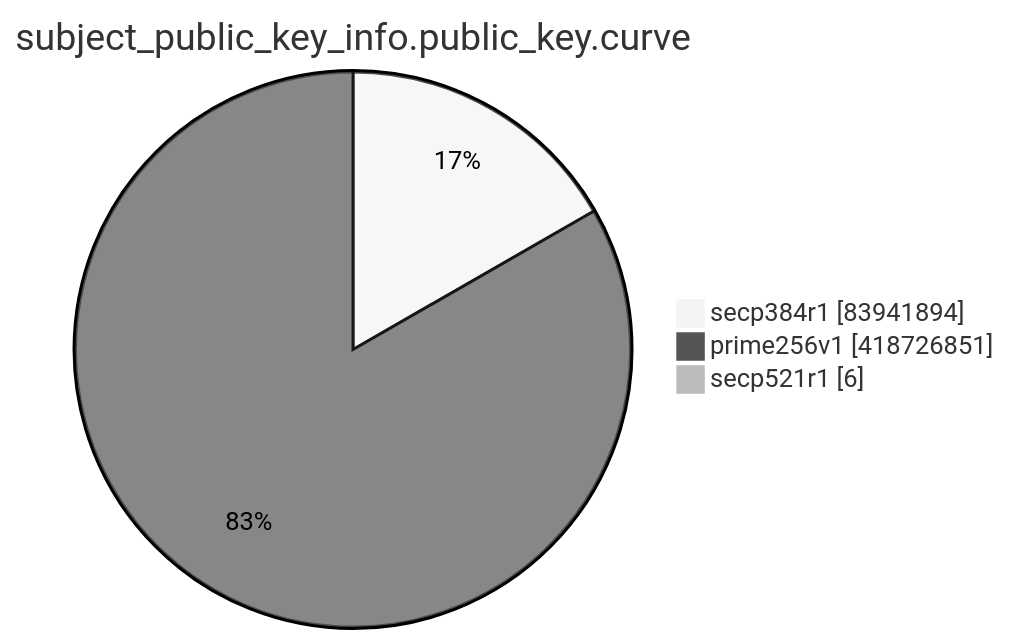
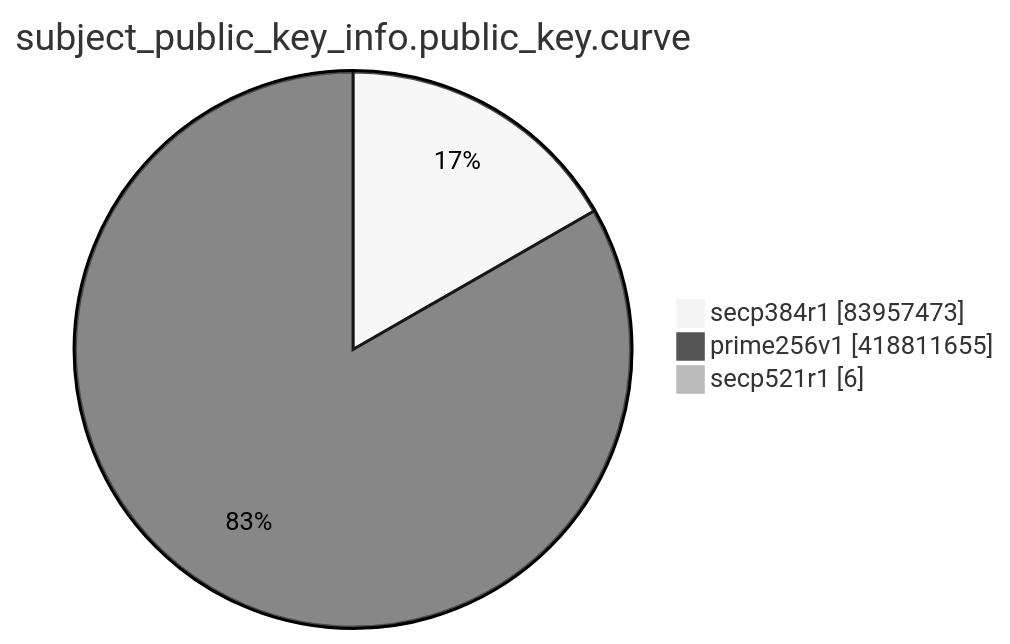
The eighth of 15 diagrams in TOTAL/README.md (christiankrug/ctmonitor_visualization), drawn with Mermaid (neutral theme) before and after one commit. The commit also changed other lines of this file, not shown here.

````diff
--- a/TOTAL/README.md
+++ b/TOTAL/README.md
@@ -3099,7 +3099,7 @@
 ```mermaid
 pie showData
 title subject_public_key_info.public_key.curve
-"secp384r1" :83941894
-"prime256v1" :418726851
+"secp384r1" :83957473
+"prime256v1" :418811655
 "secp521r1" :6
 ```
````
